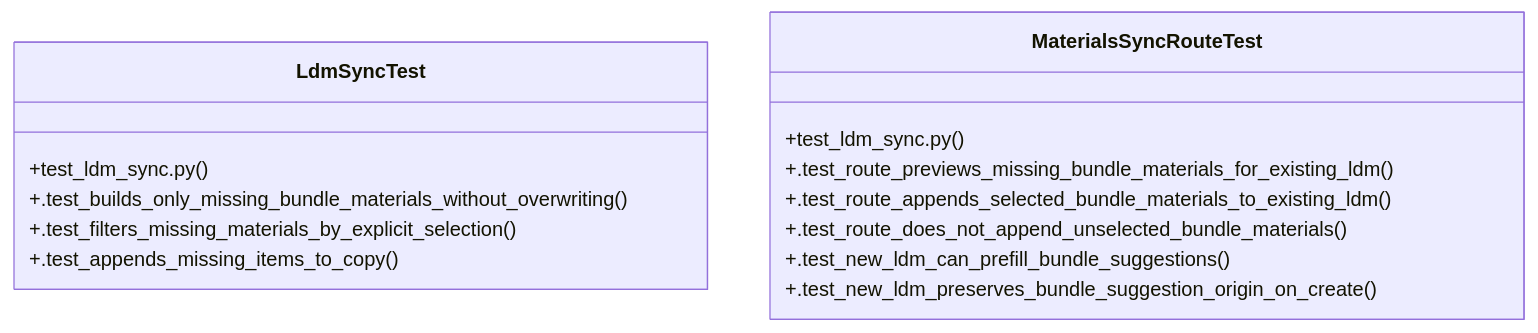
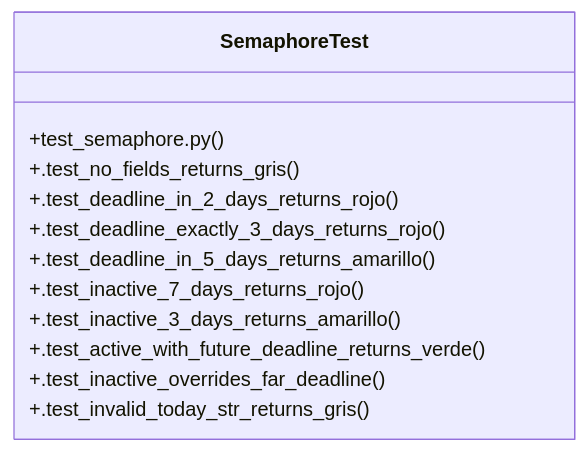
Before and after one commit to Daftrick/ProjectTracker: the diagram in graphify-out/wiki/Community_17.md, drawn with Mermaid. The commit also changed other lines of this file and 419 other files, not shown here.

````diff
--- a/graphify-out/wiki/Community_17.md
+++ b/graphify-out/wiki/Community_17.md
@@ -35,17 +36,15 @@
 ```mermaid
 classDiagram
-    class LdmSyncTest {
-        +test_ldm_sync.py()
-        +.test_builds_only_missing_bundle_materials_without_overwriting()
-        +.test_filters_missing_materials_by_explicit_selection()
-        +.test_appends_missing_items_to_copy()
-    }
-    class MaterialsSyncRouteTest {
-        +test_ldm_sync.py()
-        +.test_route_previews_missing_bundle_materials_for_existing_ldm()
-        +.test_route_appends_selected_bundle_materials_to_existing_ldm()
-        +.test_route_does_not_append_unselected_bundle_materials()
-        +.test_new_ldm_can_prefill_bundle_suggestions()
-        +.test_new_ldm_preserves_bundle_suggestion_origin_on_create()
+    class SemaphoreTest {
+        +test_semaphore.py()
+        +.test_no_fields_returns_gris()
+        +.test_deadline_in_2_days_returns_rojo()
+        +.test_deadline_exactly_3_days_returns_rojo()
+        +.test_deadline_in_5_days_returns_amarillo()
+        +.test_inactive_7_days_returns_rojo()
+        +.test_inactive_3_days_returns_amarillo()
+        +.test_active_with_future_deadline_returns_verde()
+        +.test_inactive_overrides_far_deadline()
+        +.test_invalid_today_str_returns_gris()
     }
 ```
````
